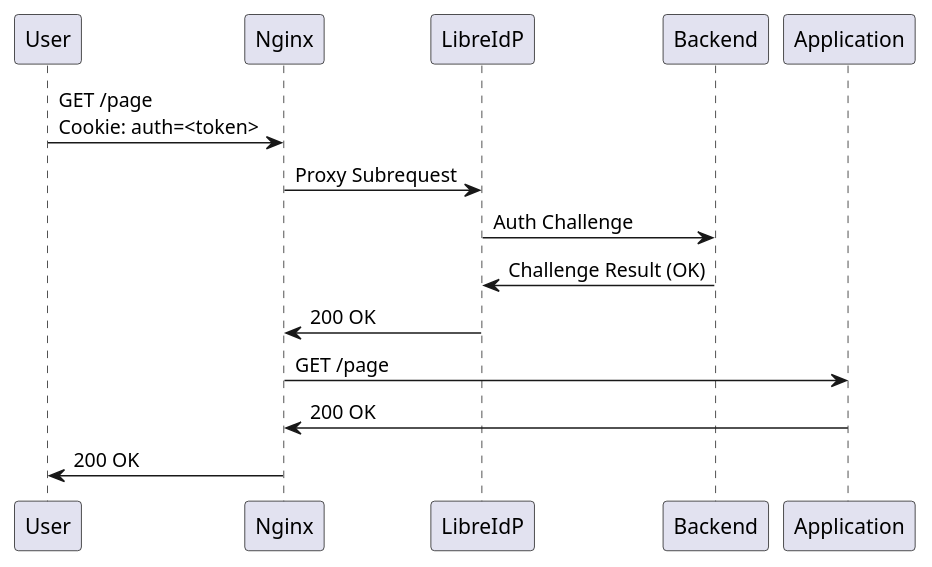
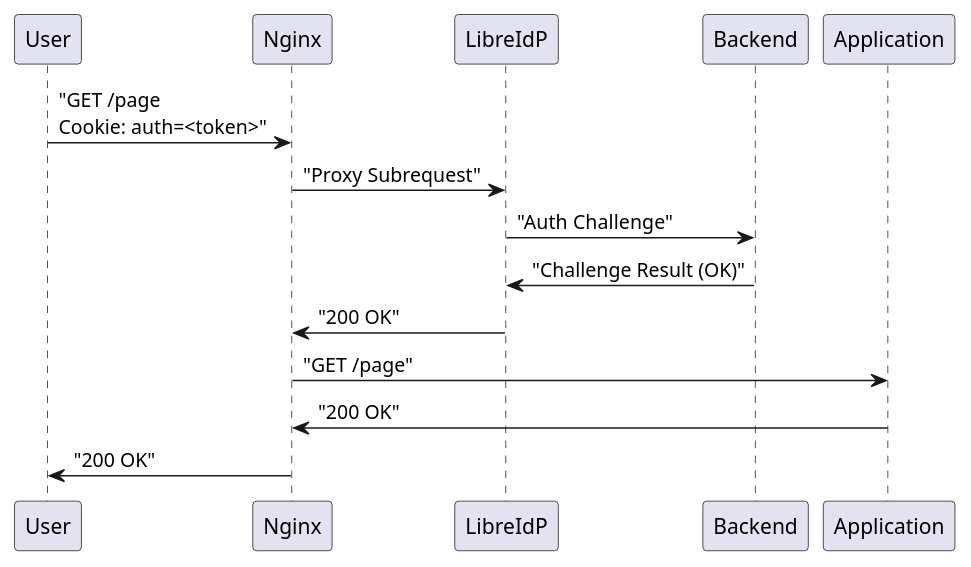
Before and after one commit to AmateurECE/twardyece-blog: the third of 4 diagrams in _posts/2022-08-13-libreidp.md, drawn with PlantUML. The commit also changed other lines of this file, not shown here.

Commit message:
Update post for PlantUML syntax

```diff
--- a/_posts/2022-08-13-libreidp.md
+++ b/_posts/2022-08-13-libreidp.md
@@ -72,10 +72,10 @@
 {% plantuml %}
-User -> Nginx: GET /page\nCookie: auth=<token>
-Nginx -> LibreIdP: Proxy Subrequest
-LibreIdP -> Backend: Auth Challenge
-Backend -> LibreIdP: Challenge Result (OK)
-LibreIdP -> Nginx: 200 OK
-Nginx -> Application: GET /page
-Application -> Nginx: 200 OK
-Nginx -> User: 200 OK
+User -> Nginx: "GET /page\nCookie: auth=<token>"
+Nginx -> LibreIdP: "Proxy Subrequest"
+LibreIdP -> Backend: "Auth Challenge"
+Backend -> LibreIdP: "Challenge Result (OK)"
+LibreIdP -> Nginx: "200 OK"
+Nginx -> Application: "GET /page"
+Application -> Nginx: "200 OK"
+Nginx -> User: "200 OK"
 {% endplantuml %}
```
